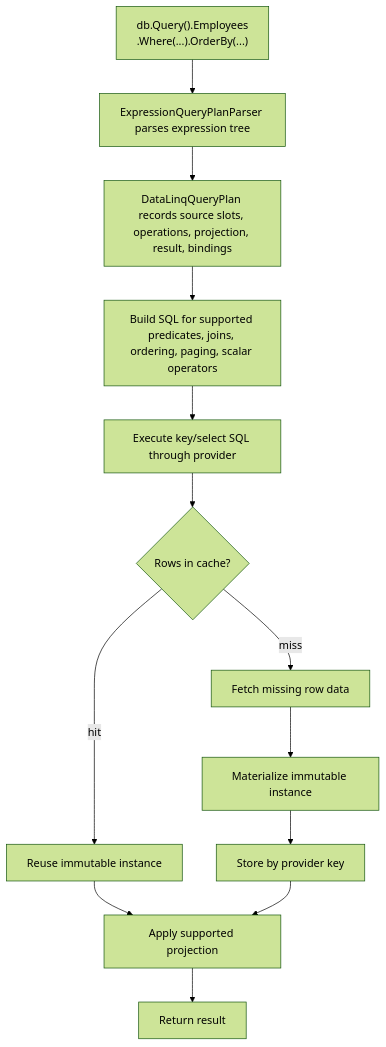
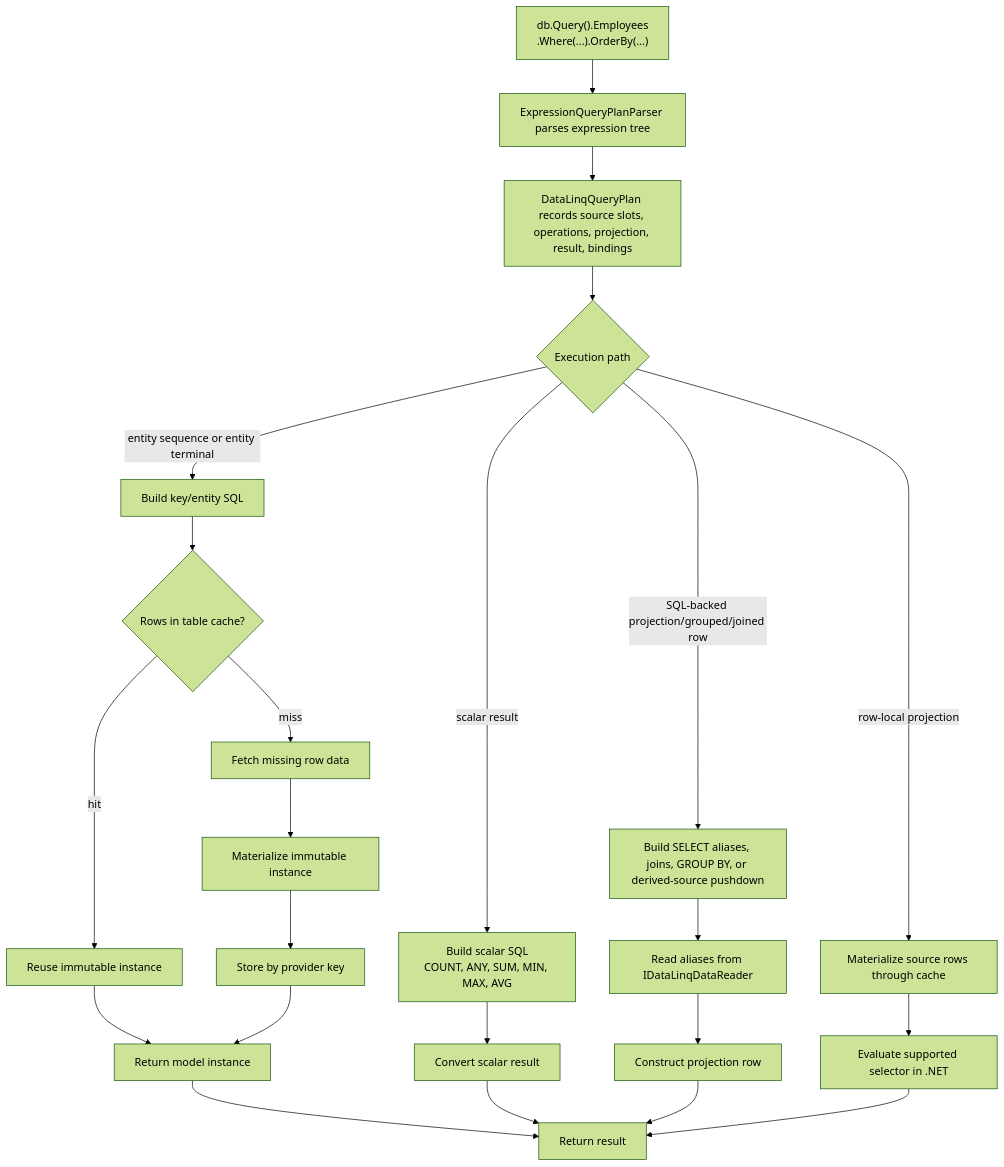
One commit to bazer/DataLinq changed the fourth of 10 diagrams in docs/internals/Data Flow.md. Above: the diagram before and after it, drawn with Mermaid (forest theme). The commit also changed other lines of this file and 4 other files, not shown here.

````diff
--- a/docs/internals/Data Flow.md
+++ b/docs/internals/Data Flow.md
@@ -86,15 +86,25 @@
 ```mermaid
 flowchart TD
     A["db.Query().Employees<br/>.Where(...).OrderBy(...)"] --> B["ExpressionQueryPlanParser parses expression tree"]
     B --> C["DataLinqQueryPlan records source slots, operations, projection, result, bindings"]
-    C --> D["Build SQL for supported predicates, joins, ordering, paging, scalar operators"]
-    D --> E["Execute key/select SQL through provider"]
-    E --> F{"Rows in cache?"}
+    C --> D{"Execution path"}
+    D -- "entity sequence or entity terminal" --> E["Build key/entity SQL"]
+    E --> F{"Rows in table cache?"}
     F -- "hit" --> G["Reuse immutable instance"]
     F -- "miss" --> H["Fetch missing row data"]
     H --> I["Materialize immutable instance"]
     I --> J["Store by provider key"]
-    G --> K["Apply supported projection"]
+    G --> K["Return model instance"]
     J --> K
-    K --> L["Return result"]
+    D -- "scalar result" --> L["Build scalar SQL<br/>COUNT, ANY, SUM, MIN, MAX, AVG"]
+    L --> M["Convert scalar result"]
+    D -- "SQL-backed projection/grouped/joined row" --> N["Build SELECT aliases, joins, GROUP BY, or derived-source pushdown"]
+    N --> O["Read aliases from IDataLinqDataReader"]
+    O --> P["Construct projection row"]
+    D -- "row-local projection" --> Q["Materialize source rows through cache"]
+    Q --> R["Evaluate supported selector in .NET"]
+    K --> S["Return result"]
+    M --> S
+    P --> S
+    R --> S
 ```
````
